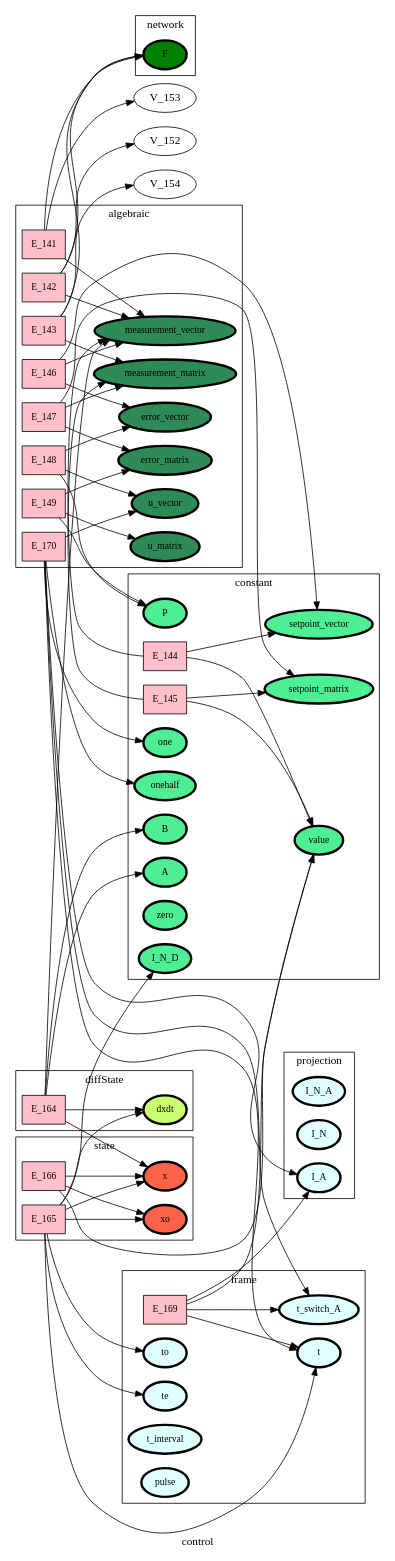
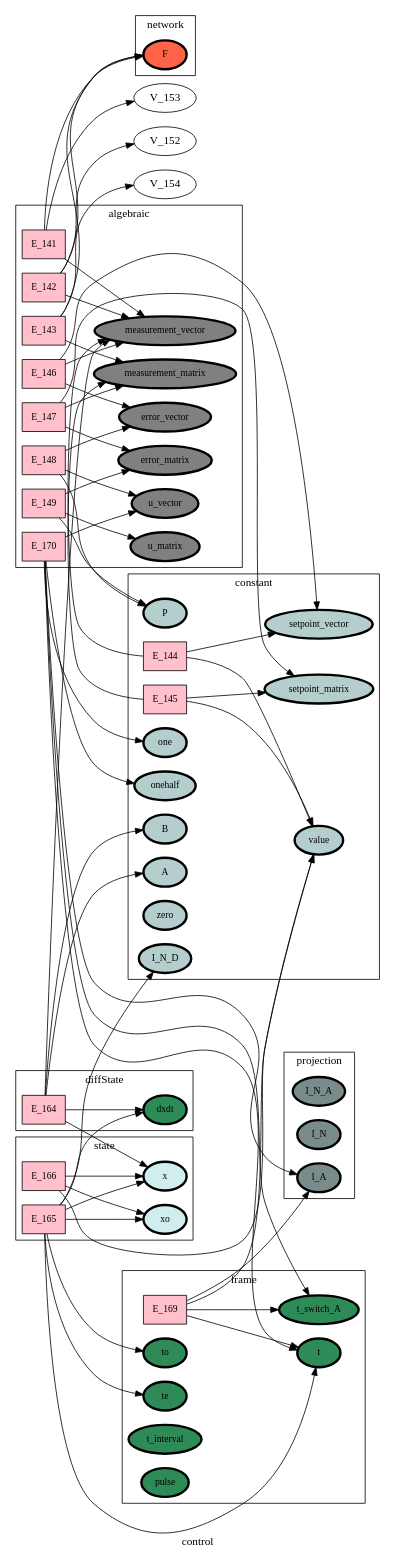
The diagram in ontology_graphs/graph__control.dot (heinz-preisig/sandbox21), drawn with Graphviz before and after one commit. The commit also changed 137 other files, not shown here.

```diff
--- a/ontology_graphs/graph__control.dot
+++ b/ontology_graphs/graph__control.dot
@@ -1,154 +1,154 @@
 digraph control {
 label=control;
 rankdir=LR;
 subgraph cluster_control___dataFlow {
 label=dataFlow;
 rankdir=LR;
 }
 
 subgraph cluster_control___input {
 label=input;
 rankdir=LR;
 }
 
 subgraph cluster_control___output {
 label=output;
 rankdir=LR;
 }
 
 subgraph cluster_control___network {
 label=network;
 rankdir=LR;
-V_10 [fillcolor=green, fontsize=12, label=F, penwidth=3, style=filled];
+V_10 [fillcolor=tomato, fontsize=12, label=F, penwidth=3, style=filled];
 }
 
 subgraph cluster_control___projection {
 label=projection;
 rankdir=LR;
-V_48 [fillcolor=lightcyan, fontsize=12, label=I_N_A, penwidth=3, style=filled];
-V_96 [fillcolor=lightcyan, fontsize=12, label=I_N, penwidth=3, style=filled];
-V_97 [fillcolor=lightcyan, fontsize=12, label=I_A, penwidth=3, style=filled];
+V_48 [fillcolor=lightcyan4, fontsize=12, label=I_N_A, penwidth=3, style=filled];
+V_96 [fillcolor=lightcyan4, fontsize=12, label=I_N, penwidth=3, style=filled];
+V_97 [fillcolor=lightcyan4, fontsize=12, label=I_A, penwidth=3, style=filled];
 }
 
 subgraph cluster_control___localIndex {
 label=localIndex;
 rankdir=LR;
 }
 
 E_169 -> V_1  [splines=ortho];
 E_169 -> V_4  [splines=ortho];
 E_169 -> V_97  [splines=ortho];
 subgraph cluster_control___frame {
 label=frame;
 rankdir=LR;
-V_185 [fillcolor=lightcyan1, fontsize=12, label=t_switch_A, penwidth=3, style=filled];
-V_4 [fillcolor=lightcyan1, fontsize=12, label=t, penwidth=3, style=filled];
-V_5 [fillcolor=lightcyan1, fontsize=12, label=to, penwidth=3, style=filled];
-V_6 [fillcolor=lightcyan1, fontsize=12, label=te, penwidth=3, style=filled];
-V_7 [fillcolor=lightcyan1, fontsize=12, label=t_interval, penwidth=3, style=filled];
-V_9 [fillcolor=lightcyan1, fontsize=12, label=pulse, penwidth=3, style=filled];
+V_185 [fillcolor=seagreen4, fontsize=12, label=t_switch_A, penwidth=3, style=filled];
+V_4 [fillcolor=seagreen4, fontsize=12, label=t, penwidth=3, style=filled];
+V_5 [fillcolor=seagreen4, fontsize=12, label=to, penwidth=3, style=filled];
+V_6 [fillcolor=seagreen4, fontsize=12, label=te, penwidth=3, style=filled];
+V_7 [fillcolor=seagreen4, fontsize=12, label=t_interval, penwidth=3, style=filled];
+V_9 [fillcolor=seagreen4, fontsize=12, label=pulse, penwidth=3, style=filled];
 E_169 [fillcolor=pink, fontsize=12, shape=box, style=filled];
 E_169 -> V_185  [splines=ortho];
 }
 
 E_165 -> V_181  [splines=ortho];
 E_165 -> V_182  [splines=ortho];
 E_165 -> V_183  [splines=ortho];
 E_165 -> V_4  [splines=ortho];
 E_165 -> V_5  [splines=ortho];
 E_165 -> V_6  [splines=ortho];
 E_166 -> V_1  [splines=ortho];
 E_166 -> V_179  [splines=ortho];
 subgraph cluster_control___state {
 label=state;
 rankdir=LR;
-V_179 [fillcolor=tomato, fontsize=12, label=x, penwidth=3, style=filled];
-V_183 [fillcolor=tomato, fontsize=12, label=xo, penwidth=3, style=filled];
+V_179 [fillcolor=lightcyan2, fontsize=12, label=x, penwidth=3, style=filled];
+V_183 [fillcolor=lightcyan2, fontsize=12, label=xo, penwidth=3, style=filled];
 E_165 [fillcolor=pink, fontsize=12, shape=box, style=filled];
 E_165 -> V_179  [splines=ortho];
 E_166 [fillcolor=pink, fontsize=12, shape=box, style=filled];
 E_166 -> V_183  [splines=ortho];
 }
 
 E_144 -> V_1  [splines=ortho];
 E_144 -> V_155  [splines=ortho];
 E_145 -> V_1  [splines=ortho];
 E_145 -> V_156  [splines=ortho];
 subgraph cluster_control___constant {
 label=constant;
 rankdir=LR;
-V_1 [fillcolor=seagreen2, fontsize=12, label=value, penwidth=3, style=filled];
-V_157 [fillcolor=seagreen2, fontsize=12, label=setpoint_vector, penwidth=3, style=filled];
-V_158 [fillcolor=seagreen2, fontsize=12, label=setpoint_matrix, penwidth=3, style=filled];
-V_159 [fillcolor=seagreen2, fontsize=12, label=P, penwidth=3, style=filled];
-V_177 [fillcolor=seagreen2, fontsize=12, label=A, penwidth=3, style=filled];
-V_178 [fillcolor=seagreen2, fontsize=12, label=B, penwidth=3, style=filled];
-V_181 [fillcolor=seagreen2, fontsize=12, label=I_N_D, penwidth=3, style=filled];
-V_2 [fillcolor=seagreen2, fontsize=12, label=one, penwidth=3, style=filled];
-V_3 [fillcolor=seagreen2, fontsize=12, label=zero, penwidth=3, style=filled];
-V_8 [fillcolor=seagreen2, fontsize=12, label=onehalf, penwidth=3, style=filled];
+V_1 [fillcolor=lightcyan3, fontsize=12, label=value, penwidth=3, style=filled];
+V_157 [fillcolor=lightcyan3, fontsize=12, label=setpoint_vector, penwidth=3, style=filled];
+V_158 [fillcolor=lightcyan3, fontsize=12, label=setpoint_matrix, penwidth=3, style=filled];
+V_159 [fillcolor=lightcyan3, fontsize=12, label=P, penwidth=3, style=filled];
+V_177 [fillcolor=lightcyan3, fontsize=12, label=A, penwidth=3, style=filled];
+V_178 [fillcolor=lightcyan3, fontsize=12, label=B, penwidth=3, style=filled];
+V_181 [fillcolor=lightcyan3, fontsize=12, label=I_N_D, penwidth=3, style=filled];
+V_2 [fillcolor=lightcyan3, fontsize=12, label=one, penwidth=3, style=filled];
+V_3 [fillcolor=lightcyan3, fontsize=12, label=zero, penwidth=3, style=filled];
+V_8 [fillcolor=lightcyan3, fontsize=12, label=onehalf, penwidth=3, style=filled];
 E_144 [fillcolor=pink, fontsize=12, shape=box, style=filled];
 E_144 -> V_157  [splines=ortho];
 E_145 [fillcolor=pink, fontsize=12, shape=box, style=filled];
 E_145 -> V_158  [splines=ortho];
 }
 
 E_164 -> V_155  [splines=ortho];
 E_164 -> V_177  [splines=ortho];
 E_164 -> V_178  [splines=ortho];
 E_164 -> V_179  [splines=ortho];
 subgraph cluster_control___diffState {
 label=diffState;
 rankdir=LR;
-V_182 [fillcolor=darkolivegreen1, fontsize=12, label=dxdt, penwidth=3, style=filled];
+V_182 [fillcolor=seagreen, fontsize=12, label=dxdt, penwidth=3, style=filled];
 E_164 [fillcolor=pink, fontsize=12, shape=box, style=filled];
 E_164 -> V_182  [splines=ortho];
 }
 
 E_141 -> V_10  [splines=ortho];
 E_141 -> V_153  [splines=ortho];
 E_142 -> V_10  [splines=ortho];
 E_142 -> V_152  [splines=ortho];
 E_143 -> V_10  [splines=ortho];
 E_143 -> V_154  [splines=ortho];
 E_146 -> V_155  [splines=ortho];
 E_146 -> V_157  [splines=ortho];
 E_147 -> V_156  [splines=ortho];
 E_147 -> V_158  [splines=ortho];
 E_148 -> V_159  [splines=ortho];
 E_148 -> V_160  [splines=ortho];
 E_170 -> V_185  [splines=ortho];
 E_170 -> V_2  [splines=ortho];
 E_170 -> V_4  [splines=ortho];
 E_170 -> V_8  [splines=ortho];
 E_170 -> V_97  [splines=ortho];
 E_149 -> V_159  [splines=ortho];
 E_149 -> V_161  [splines=ortho];
 subgraph cluster_control___algebraic {
 label=algebraic;
 rankdir=LR;
-V_155 [fillcolor=seagreen, fontsize=12, label=measurement_vector, penwidth=3, style=filled];
-V_156 [fillcolor=seagreen, fontsize=12, label=measurement_matrix, penwidth=3, style=filled];
-V_160 [fillcolor=seagreen, fontsize=12, label=error_vector, penwidth=3, style=filled];
-V_161 [fillcolor=seagreen, fontsize=12, label=error_matrix, penwidth=3, style=filled];
-V_162 [fillcolor=seagreen, fontsize=12, label=u_vector, penwidth=3, style=filled];
-V_163 [fillcolor=seagreen, fontsize=12, label=u_matrix, penwidth=3, style=filled];
+V_155 [fillcolor=grey, fontsize=12, label=measurement_vector, penwidth=3, style=filled];
+V_156 [fillcolor=grey, fontsize=12, label=measurement_matrix, penwidth=3, style=filled];
+V_160 [fillcolor=grey, fontsize=12, label=error_vector, penwidth=3, style=filled];
+V_161 [fillcolor=grey, fontsize=12, label=error_matrix, penwidth=3, style=filled];
+V_162 [fillcolor=grey, fontsize=12, label=u_vector, penwidth=3, style=filled];
+V_163 [fillcolor=grey, fontsize=12, label=u_matrix, penwidth=3, style=filled];
 E_141 [fillcolor=pink, fontsize=12, shape=box, style=filled];
 E_141 -> V_155  [splines=ortho];
 E_142 [fillcolor=pink, fontsize=12, shape=box, style=filled];
 E_142 -> V_155  [splines=ortho];
 E_143 [fillcolor=pink, fontsize=12, shape=box, style=filled];
 E_143 -> V_156  [splines=ortho];
 E_146 [fillcolor=pink, fontsize=12, shape=box, style=filled];
 E_146 -> V_160  [splines=ortho];
 E_147 [fillcolor=pink, fontsize=12, shape=box, style=filled];
 E_147 -> V_161  [splines=ortho];
 E_148 [fillcolor=pink, fontsize=12, shape=box, style=filled];
 E_148 -> V_162  [splines=ortho];
 E_170 [fillcolor=pink, fontsize=12, shape=box, style=filled];
 E_170 -> V_162  [splines=ortho];
 E_149 [fillcolor=pink, fontsize=12, shape=box, style=filled];
 E_149 -> V_163  [splines=ortho];
 }
 
 }
```
